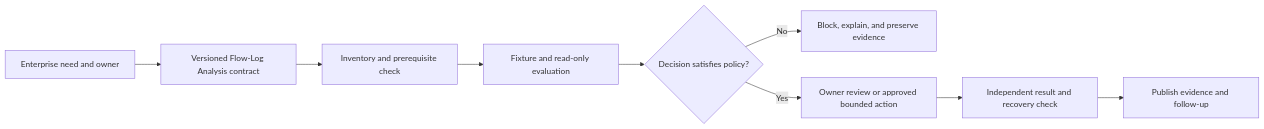
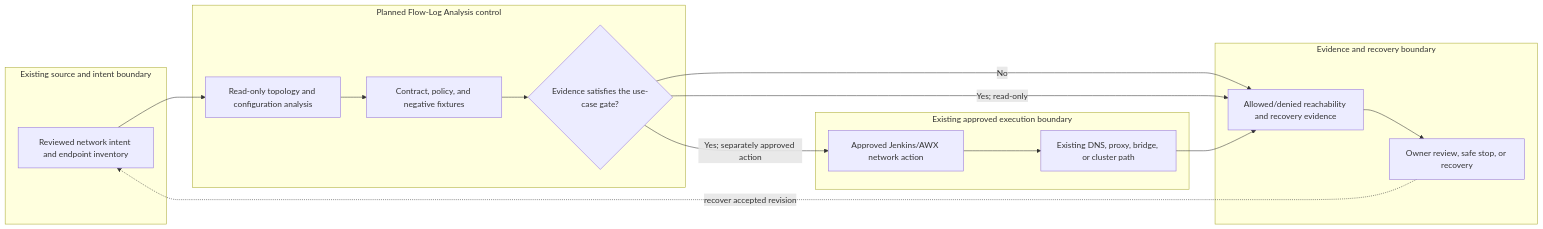
One commit to MIDHTECH/enterprise-architecture-docs changed the diagram in docs/use-cases/network/UC-NET-026-flow-log-analysis.md. Above: the diagram before and after it, drawn with Mermaid. The commit also changed other lines of this file and 227 other files, not shown here.

Commit message:
Deepen architecture for all use case designs

````diff
--- a/docs/use-cases/network/UC-NET-026-flow-log-analysis.md
+++ b/docs/use-cases/network/UC-NET-026-flow-log-analysis.md
@@ -136,11 +129,25 @@
 ```mermaid
 flowchart LR
-    Need["Enterprise need and owner"] --> Contract["Versioned Flow-Log Analysis contract"]
-    Contract --> Preflight["Inventory and prerequisite check"]
-    Preflight --> Evaluate["Fixture and read-only evaluation"]
-    Evaluate --> Decision{"Decision satisfies policy?"}
-    Decision -->|No| Stop["Block, explain, and preserve evidence"]
-    Decision -->|Yes| Review["Owner review or approved bounded action"]
-    Review --> Verify["Independent result and recovery check"]
-    Verify --> Publish["Publish evidence and follow-up"]
+    subgraph Source["Existing source and intent boundary"]
+        A["Reviewed network intent and endpoint inventory"]
+    end
+    subgraph Planned["Planned Flow-Log Analysis control"]
+        B["Read-only topology and configuration analysis"]
+        C["Contract, policy, and negative fixtures"]
+        D{"Evidence satisfies the use-case gate?"}
+    end
+    subgraph Runtime["Existing approved execution boundary"]
+        E["Approved Jenkins/AWX network action"]
+        F["Existing DNS, proxy, bridge, or cluster path"]
+    end
+    subgraph Assurance["Evidence and recovery boundary"]
+        G["Allowed/denied reachability and recovery evidence"]
+        H["Owner review, safe stop, or recovery"]
+    end
+
+    A --> B --> C --> D
+    D -->|No| G --> H
+    D -->|Yes; read-only| G
+    D -->|Yes; separately approved action| E --> F --> G
+    H -. recover accepted revision .-> A
 ```
````
